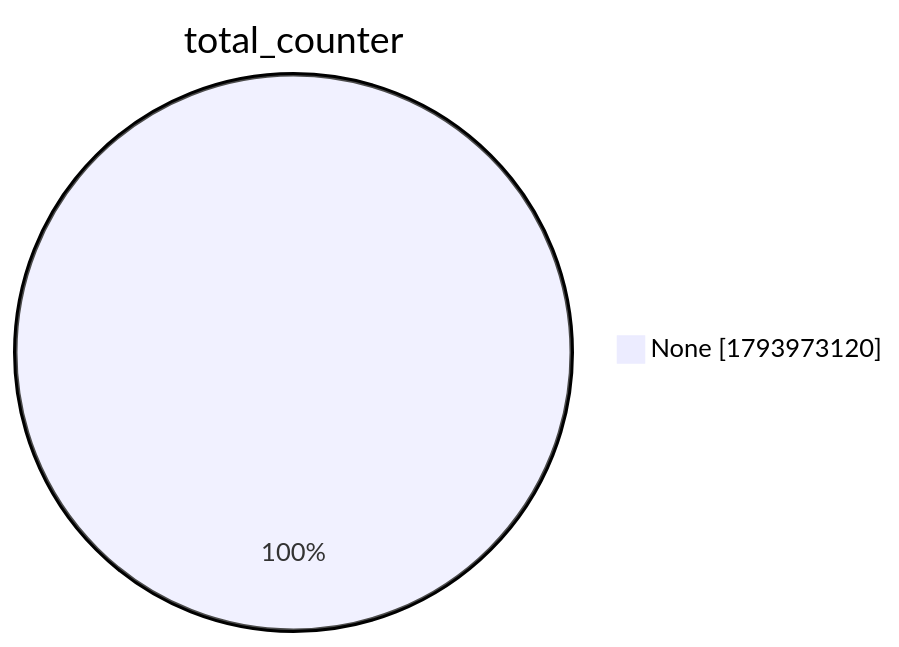
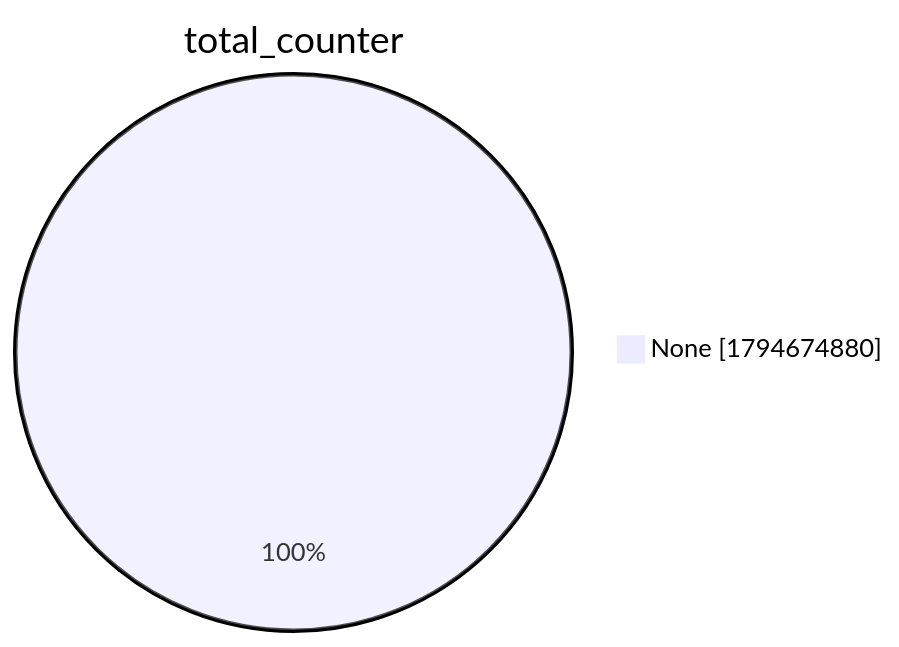
Before and after one commit to christiankrug/ctmonitor_visualization: the second of 15 diagrams in xenon2022/README.md, drawn with Mermaid. The commit also changed other lines of this file, not shown here.

````diff
--- a/xenon2022/README.md
+++ b/xenon2022/README.md
@@ -9,5 +9,5 @@
 ```mermaid
 pie showData
 title total_counter
-"None" :1793973120
+"None" :1794674880
 ```
````
